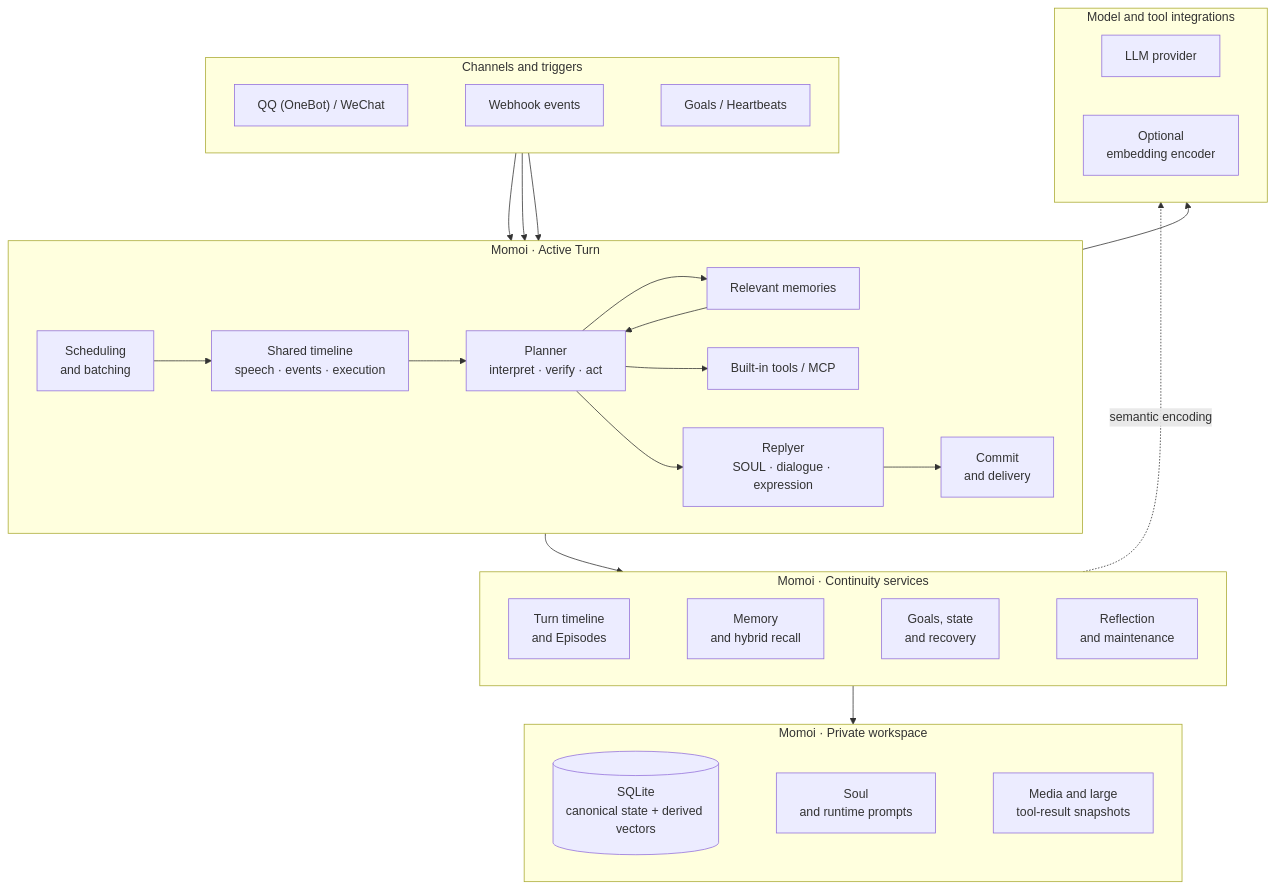
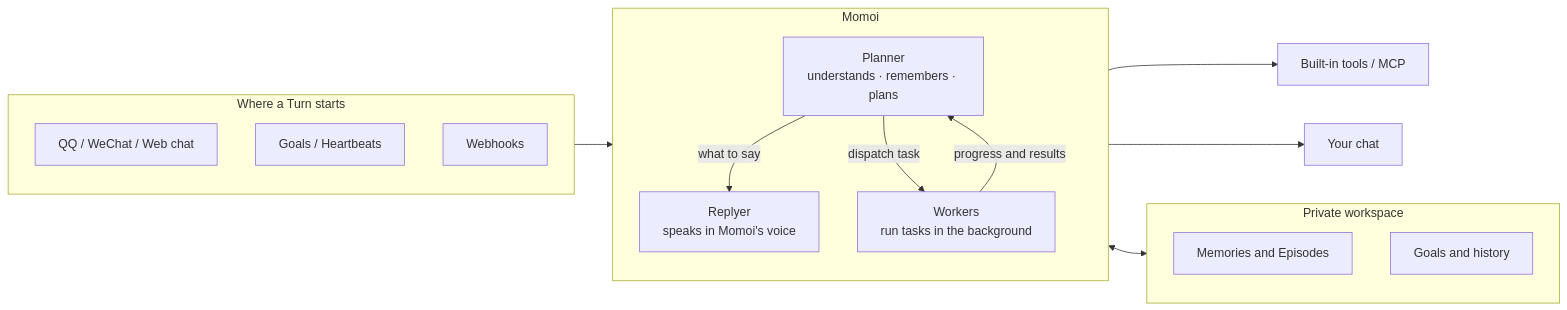
The first of 2 diagrams in README.md (RicterZ/Momoi), drawn with Mermaid before and after one commit. The commit also changed other lines of this file and 1 other file, not shown here.

Commit message:
docs: rewrite README around Planner / Replyer / Worker from a product view

````diff
--- a/README.md
+++ b/README.md
@@ -51,57 +40,32 @@
 ```mermaid
-flowchart TB
-  subgraph triggers["Channels and triggers"]
-    direction LR
-    chat["QQ (OneBot) / WeChat"]
-    webhook["Webhook events"]
+flowchart LR
+  subgraph inputs["Where a Turn starts"]
+    direction TB
+    chat["QQ / WeChat / Web chat"]
     clock["Goals / Heartbeats"]
-    chat ~~~ webhook ~~~ clock
+    webhook["Webhooks"]
   end
 
-  subgraph active["Momoi · Active Turn"]
-    direction LR
-    intake["Scheduling<br/>and batching"]
-    transcript["Shared timeline<br/>speech · events · execution"]
-    context["Relevant memories"]
-    agent["Planner<br/>interpret · verify · act"]
-    replyer["Replyer<br/>SOUL · dialogue · expression"]
-    delivery["Commit<br/>and delivery"]
-    intake --> transcript --> agent
-    agent --> context --> agent
-    agent --> tools
-    agent --> replyer --> delivery
+  subgraph momoi["Momoi"]
+    direction TB
+    planner["Planner<br/>understands · remembers · plans"]
+    replyer["Replyer<br/>speaks in Momoi's voice"]
+    worker["Workers<br/>run tasks in the background"]
+    planner -->|"what to say"| replyer
+    planner -->|"dispatch task"| worker
+    worker -->|"progress and results"| planner
   end
 
-  subgraph continuity["Momoi · Continuity services"]
-    direction LR
-    timeline["Turn timeline<br/>and Episodes"]
-    memory["Memory<br/>and hybrid recall"]
-    time["Goals, state<br/>and recovery"]
-    upkeep["Reflection<br/>and maintenance"]
-    timeline ~~~ memory ~~~ time ~~~ upkeep
+  subgraph state["Private workspace"]
+    direction TB
+    memory["Memories and Episodes"]
+    agenda["Goals and history"]
   end
 
-  subgraph workspace["Momoi · Private workspace"]
-    direction LR
-    sqlite[("SQLite<br/>canonical state + derived vectors")]
-    prompts["Soul<br/>and runtime prompts"]
-    files["Media and large<br/>tool-result snapshots"]
-    sqlite ~~~ prompts ~~~ files
-  end
+  tools["Built-in tools / MCP"]
 
-  subgraph external["Model and tool integrations"]
-    direction LR
-    llm["LLM provider"]
-    tools["Built-in tools / MCP"]
-    embedding["Optional<br/>embedding encoder"]
-    llm ~~~ tools ~~~ embedding
-  end
-
-  chat --> intake
-  webhook --> intake
-  clock --> intake
-  active --> continuity
-  continuity --> workspace
-  active --> external
-  continuity -. "semantic encoding" .-> external
+  inputs --> planner
+  planner <--> state
+  worker --> tools
+  replyer --> out["Your chat"]
 ```
````
